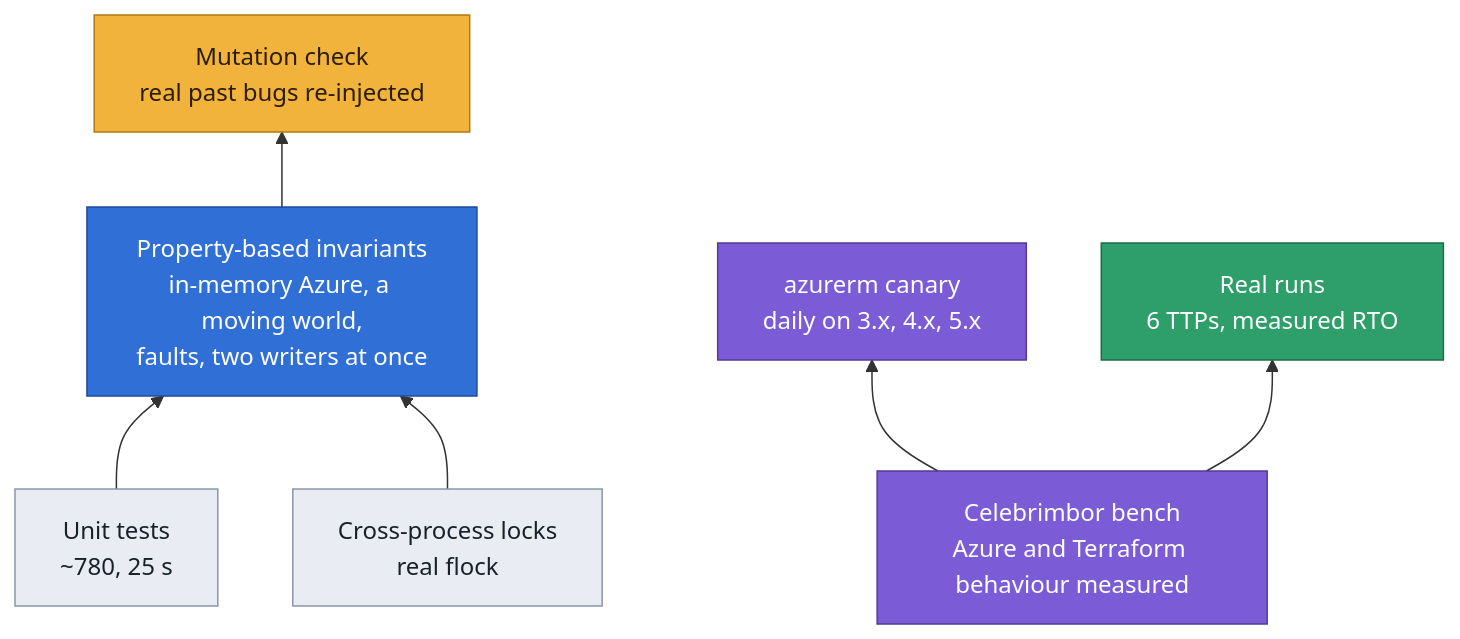
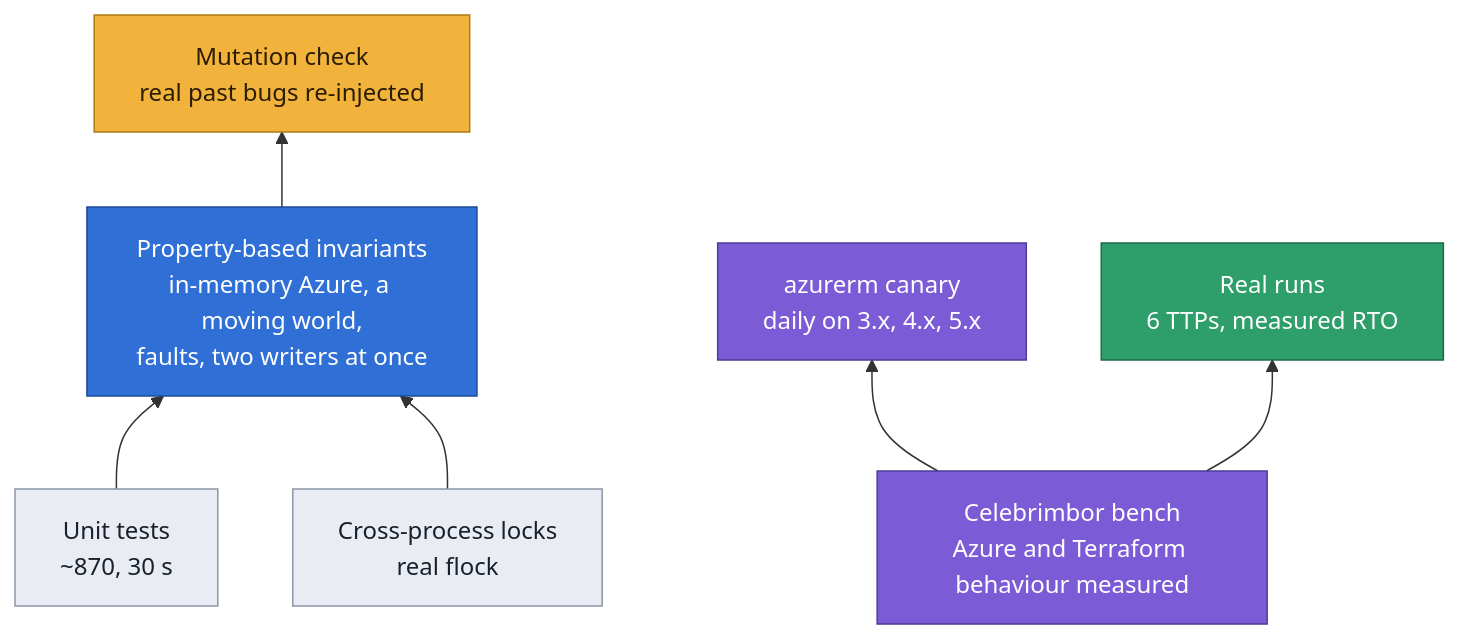
One commit to Vanyar53/eregion changed the third of 3 diagrams in README.md. Above: the diagram before and after it, drawn with Mermaid. The commit also changed other lines of this file and 4 other files, not shown here.

````diff
--- a/README.md
+++ b/README.md
@@ -714,24 +714,24 @@
 ```mermaid
 flowchart BT
-    U["Unit tests<br/>~780, 25 s"]
+    U["Unit tests<br/>~870, 30 s"]
     I["Property-based invariants<br/>in-memory Azure, a moving world,<br/>faults, two writers at once"]
     M["Mutation check<br/>real past bugs re-injected"]
     L["Cross-process locks<br/>real flock"]
     B["Celebrimbor bench<br/>Azure and Terraform behaviour measured"]
     C["azurerm canary<br/>daily on 3.x, 4.x, 5.x"]
     R["Real runs<br/>6 TTPs, measured RTO"]
     U --> I --> M
     L --> I
     B --> C
     B --> R
     classDef data fill:#e9edf3,stroke:#8a96a8,color:#18212b
     classDef blue fill:#2f6fd6,stroke:#1d4a9a,color:#ffffff
     classDef guard fill:#f2b33d,stroke:#b07a12,color:#2b1d00
     classDef azure fill:#7b5cd6,stroke:#4f3a99,color:#ffffff
     classDef human fill:#2e9e6a,stroke:#1d6b47,color:#ffffff
     class U,L data
     class I blue
     class M guard
     class B,C azure
     class R human
 ```
````
